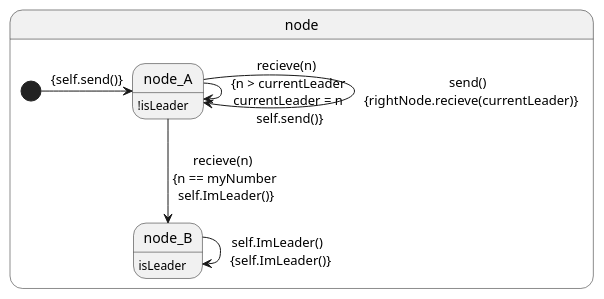
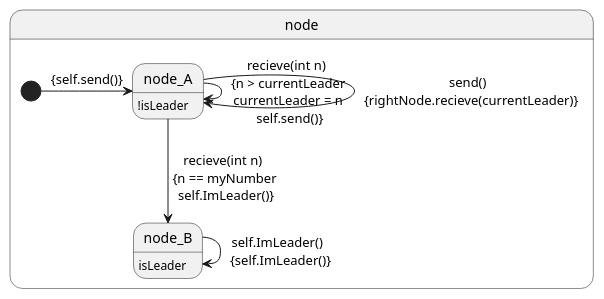
The diagram in ModelTranslations/LCRLeader/LCRLeader.plantuml (gnowin/UML-To-Rebecca-Dataset), drawn with PlantUML before and after one commit. The commit also changed 1 other file, not shown here.

```diff
--- a/ModelTranslations/LCRLeader/LCRLeader.plantuml
+++ b/ModelTranslations/LCRLeader/LCRLeader.plantuml
@@ -1,18 +1,18 @@
 @startuml
 
 hide empty description
 
 state node{
     state node_A : !isLeader
 
     state node_B : isLeader
 
     [*] -> node_A : {self.send()}
-    node_A -> node_A : recieve(n) \n {n > currentLeader \n currentLeader = n \n self.send()}
+    node_A -> node_A : recieve(int n) \n {n > currentLeader \n currentLeader = n \n self.send()}
     node_A -> node_A : send() \n {rightNode.recieve(currentLeader)}
-    node_A --> node_B : recieve(n) \n {n == myNumber \n self.ImLeader()}
+    node_A --> node_B : recieve(int n) \n {n == myNumber \n self.ImLeader()}
     node_B -> node_B : self.ImLeader() \n {self.ImLeader()}
 
 }
 
 @enduml
```
